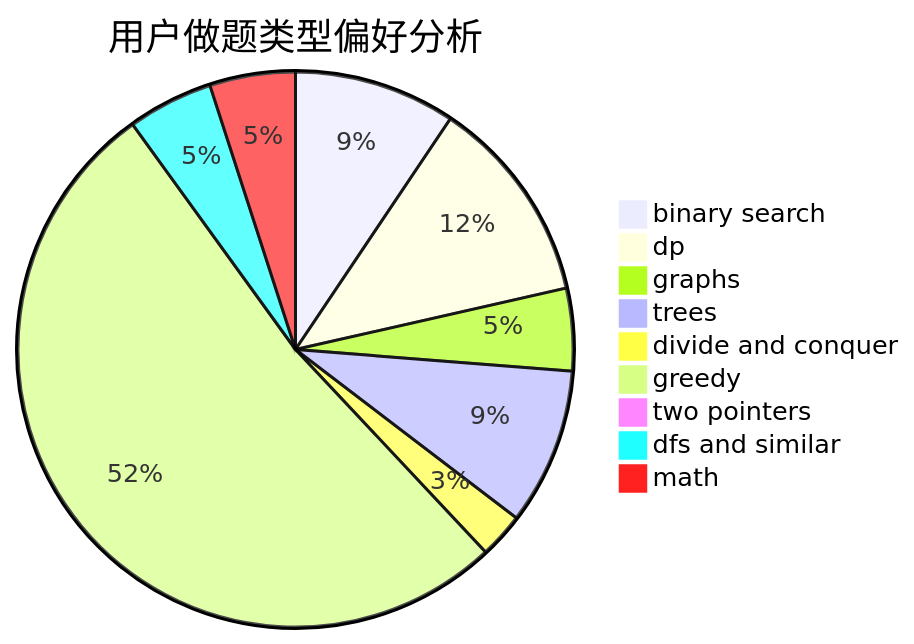
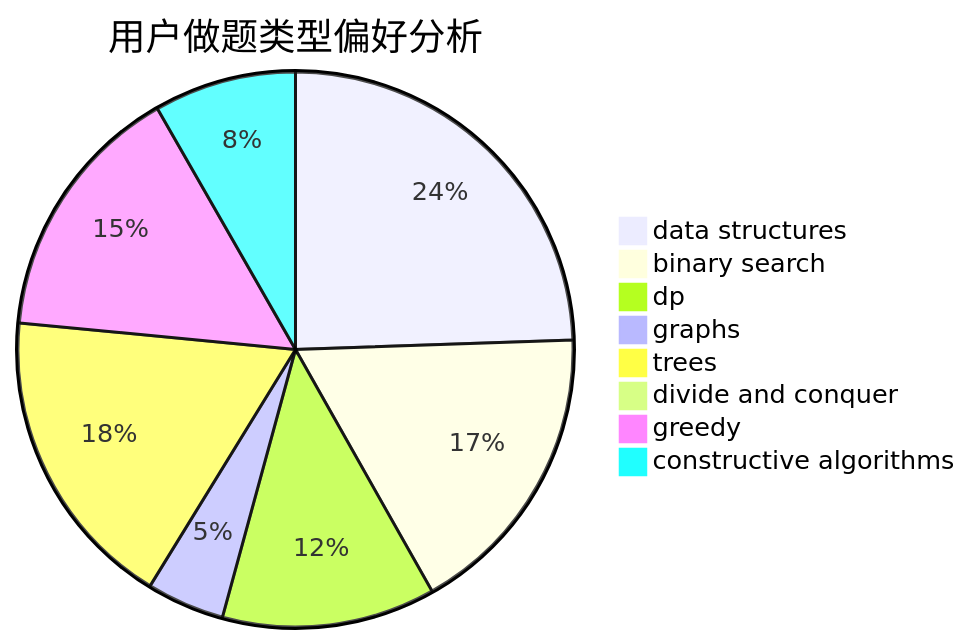
The second of 3 diagrams in docs/user/u1983.md (sherpahu/cfrs.github.io), drawn with Mermaid before and after one commit. The commit also changed other lines of this file and 2775 other files, not shown here.

````diff
--- a/docs/user/u1983.md
+++ b/docs/user/u1983.md
@@ -23,12 +23,11 @@
 ```mermaid
 pie title 用户做题类型偏好分析
-    "binary search" :  100
-    "dp" :  128
-    "graphs" :  51
-    "trees" :  97
-    "divide and conquer" :  28
-    "greedy" :  553
-    "two pointers" :  8
-    "dfs and similar" :  53
-    "math" :  53
+    "data structures" :  124
+    "binary search" :  88
+    "dp" :  63
+    "graphs" :  23
+    "trees" :  90
+    "divide and conquer" :  0
+    "greedy" :  77
+    "constructive algorithms" :  42
 ```
````
